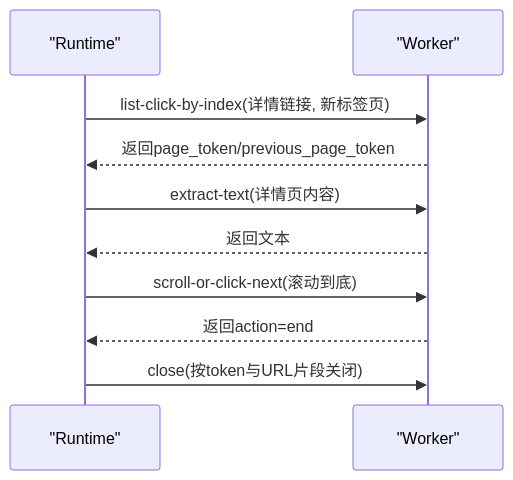
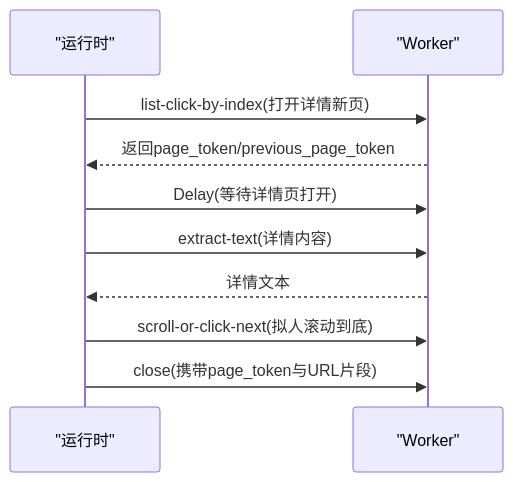
Before and after one commit to alvinwangzi/goodhr: the sixth of 9 diagrams in .qoder/repowiki/zh/content/本地执行器/平台适配器/猎聘适配器/猎聘适配器.md, drawn with Mermaid. The commit also changed other lines of this file and 149 other files, not shown here.

````diff
--- a/.qoder/repowiki/zh/content/本地执行器/平台适配器/猎聘适配器/猎聘适配器.md
+++ b/.qoder/repowiki/zh/content/本地执行器/平台适配器/猎聘适配器/猎聘适配器.md
@@ -212,12 +227,12 @@
 ```mermaid
 sequenceDiagram
-participant R as "Runtime"
+participant R as "运行时"
 participant W as "Worker"
-R->>W : list-click-by-index(详情链接, 新标签页)
+R->>W : list-click-by-index(打开详情新页)
 W-->>R : 返回page_token/previous_page_token
-R->>W : extract-text(详情页内容)
-W-->>R : 返回文本
-R->>W : scroll-or-click-next(滚动到底)
-W-->>R : 返回action=end
-R->>W : close(按token与URL片段关闭)
+R->>W : Delay(等待详情页打开)
+R->>W : extract-text(详情内容)
+W-->>R : 详情文本
+R->>W : scroll-or-click-next(拟人滚动到底)
+R->>W : close(携带page_token与URL片段)
 ```
````
